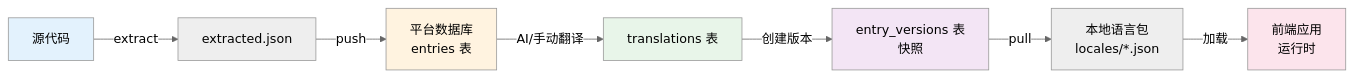
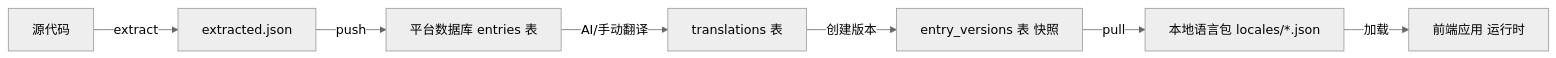
Before and after one commit to zhaotoday/translatex: diagram 12 of 19 in workflows-diagrams.md, drawn with Mermaid (neutral theme). The commit also changed other lines of this file and 5 other files, not shown here.

````diff
--- a/workflows-diagrams.md
+++ b/workflows-diagrams.md
@@ -391,15 +368,9 @@
 ```mermaid
 graph LR
     A[源代码] -->|extract| B[extracted.json]
-    B -->|push| C[平台数据库<br/>entries 表]
+    B -->|push| C[平台数据库 entries 表]
     C -->|AI/手动翻译| D[translations 表]
-    D -->|创建版本| E[entry_versions 表<br/>快照]
-    E -->|pull| F[本地语言包<br/>locales/*.json]
-    F -->|加载| G[前端应用<br/>运行时]
-    
-    style A fill:#e3f2fd
-    style C fill:#fff3e0
-    style D fill:#e8f5e9
-    style E fill:#f3e5f5
-    style G fill:#fce4ec
+    D -->|创建版本| E[entry_versions 表 快照]
+    E -->|pull| F[本地语言包 locales/*.json]
+    F -->|加载| G[前端应用 运行时]
 ```
````
